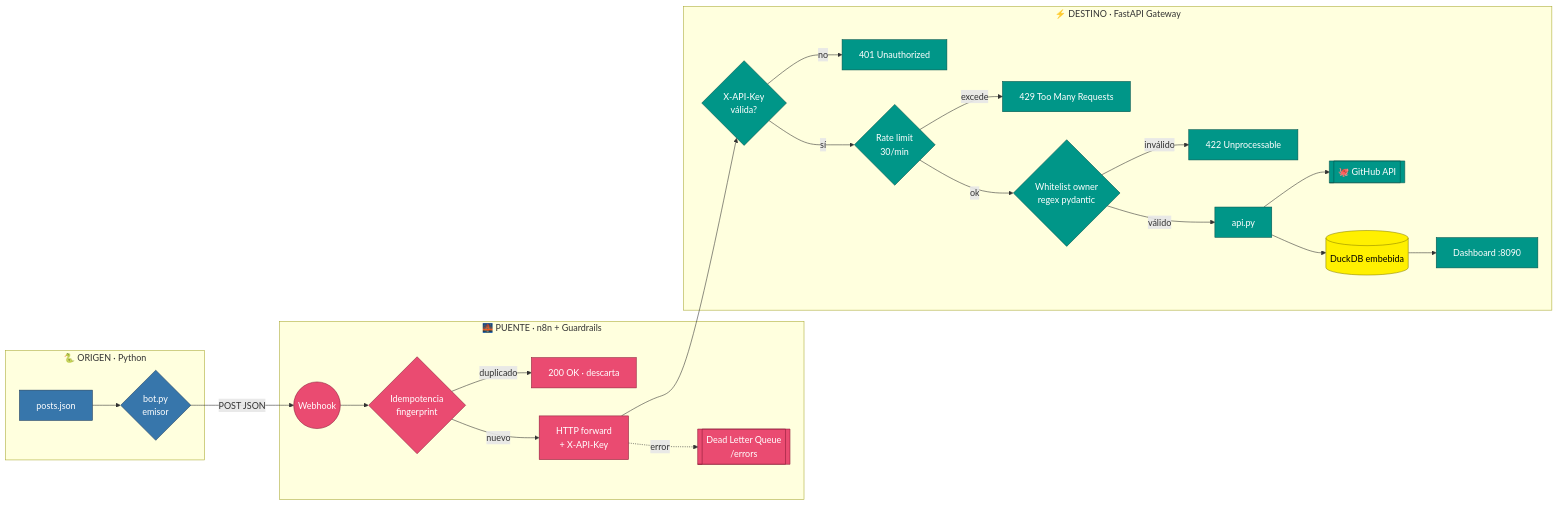
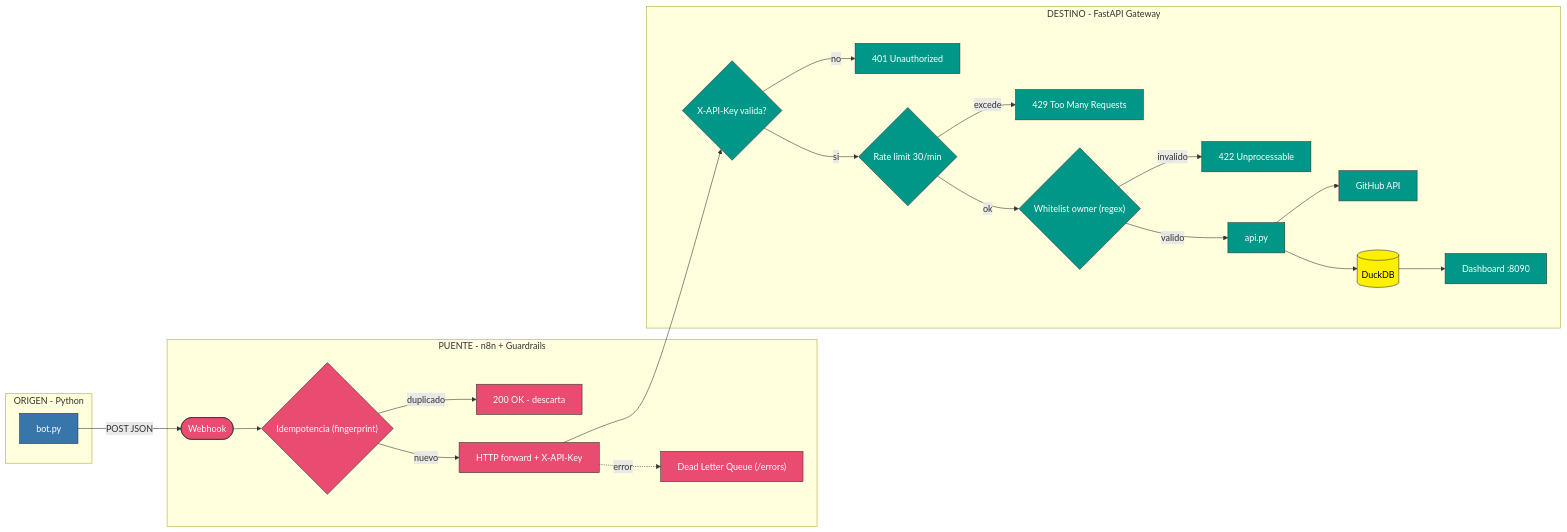
Before and after one commit to vladimiracunadev-create/social-bot-scheduler: the first of 2 diagrams in cases/09-python-to-gateway/ARCHITECTURE.md, drawn with Mermaid. The commit also changed other lines of this file and 8 other files, not shown here.

First line of the commit message:
fix(diagrams): Mermaid compatible con GitHub (securityLevel strict)

````diff
--- a/cases/09-python-to-gateway/ARCHITECTURE.md
+++ b/cases/09-python-to-gateway/ARCHITECTURE.md
@@ -29,37 +29,37 @@
 ```mermaid
 flowchart LR
-    subgraph ORIGIN["🐍 ORIGEN · Python"]
-        A[posts.json] --> B{bot.py<br/>emisor}
+    subgraph ORIGIN["ORIGEN - Python"]
+        B["bot.py"]
     end
 
-    subgraph BRIDGE["🌉 PUENTE · n8n + Guardrails"]
-        C((Webhook)) --> IDEM{Idempotencia<br/>fingerprint}
-        IDEM -- duplicado --> DISCARD[200 OK · descarta]
-        IDEM -- nuevo --> FWD[HTTP forward<br/>+ X-API-Key]
-        FWD -. error .-> DLQ[[Dead Letter Queue<br/>/errors]]
+    subgraph BRIDGE["PUENTE - n8n + Guardrails"]
+        C(["Webhook"]) --> IDEM{"Idempotencia (fingerprint)"}
+        IDEM -->|duplicado| DISCARD["200 OK - descarta"]
+        IDEM -->|nuevo| FWD["HTTP forward + X-API-Key"]
+        FWD -.->|error| DLQ["Dead Letter Queue (/errors)"]
     end
 
-    subgraph DEST["⚡ DESTINO · FastAPI Gateway"]
-        FWD --> AUTH{X-API-Key<br/>válida?}
-        AUTH -- no --> E401[401 Unauthorized]
-        AUTH -- sí --> RL{Rate limit<br/>30/min}
-        RL -- excede --> E429[429 Too Many Requests]
-        RL -- ok --> WL{Whitelist owner<br/>regex pydantic}
-        WL -- inválido --> E422[422 Unprocessable]
-        WL -- válido --> API[api.py]
-        API --> GH[[🐙 GitHub API]]
-        API --> DB[(DuckDB embebida)]
-        DB --> DASH[Dashboard :8090]
+    subgraph DEST["DESTINO - FastAPI Gateway"]
+        FWD --> AUTH{"X-API-Key valida?"}
+        AUTH -->|no| E401["401 Unauthorized"]
+        AUTH -->|si| RL{"Rate limit 30/min"}
+        RL -->|excede| E429["429 Too Many Requests"]
+        RL -->|ok| WL{"Whitelist owner (regex)"}
+        WL -->|invalido| E422["422 Unprocessable"]
+        WL -->|valido| API["api.py"]
+        API --> GH["GitHub API"]
+        API --> DB[("DuckDB")]
+        DB --> DASH["Dashboard :8090"]
     end
 
-    B -- POST JSON --> C
+    B -->|POST JSON| C
 
-    classDef origin fill:#3776AB,stroke:#1b3a5c,color:#fff
-    classDef bridge fill:#EA4B71,stroke:#8c1c38,color:#fff
-    classDef dest fill:#009688,stroke:#00544c,color:#fff
-    classDef db fill:#FFF000,stroke:#8c8400,color:#000
-    class A,B origin
+    classDef origin fill:#3776AB,stroke:#333,color:#fff
+    classDef bridge fill:#EA4B71,stroke:#333,color:#fff
+    classDef dest fill:#009688,stroke:#333,color:#fff
+    classDef db fill:#FFF000,stroke:#333,color:#000
+    class B origin
     class C,IDEM,FWD,DLQ,DISCARD bridge
     class AUTH,RL,WL,API,DASH,E401,E429,E422,GH dest
     class DB db
 ```
````
